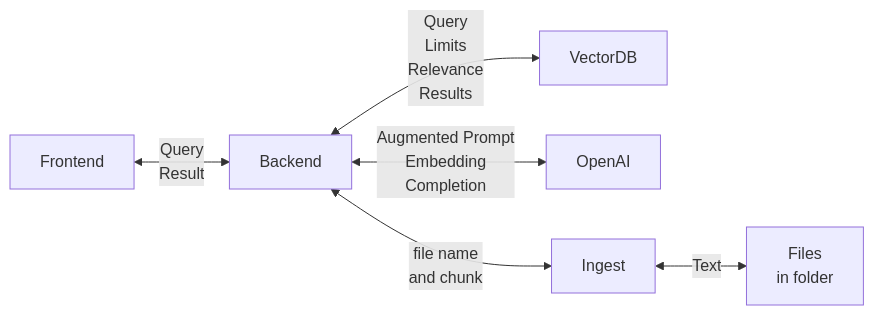
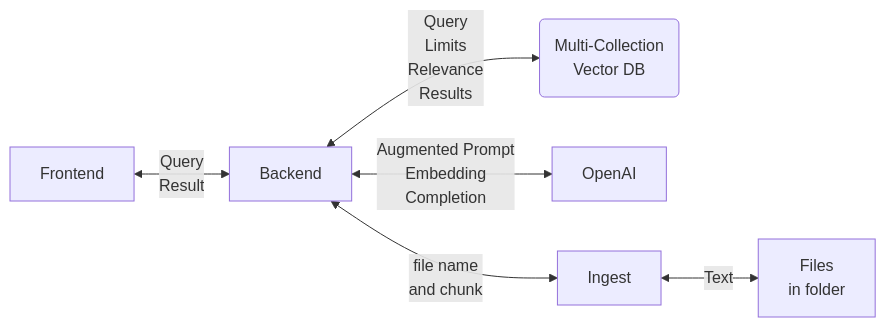
One commit to msalemor/sk-rag-pattern changed the first of 2 diagrams in README.md. Above: the diagram before and after it, drawn with Mermaid.

````diff
--- a/README.md
+++ b/README.md
@@ -30,8 +30,8 @@
 ```mermaid
 graph LR;
 Frontend<--Query<br/>Result-->Backend
-Backend<--Query<br/>Limits<br/>Relevance<br/>Results-->VectorDB
+Backend<--Query<br/>Limits<br/>Relevance<br/>Results-->VectorDB(Multi-Collection<br/>Vector DB)
 Backend<--Augmented Prompt<br/>Embedding<br/>Completion-->OpenAI
 Backend<--file name<br/>and chunk-->Ingest
 Ingest<--Text-->Data[Files<br/>in folder]
 ```
````
